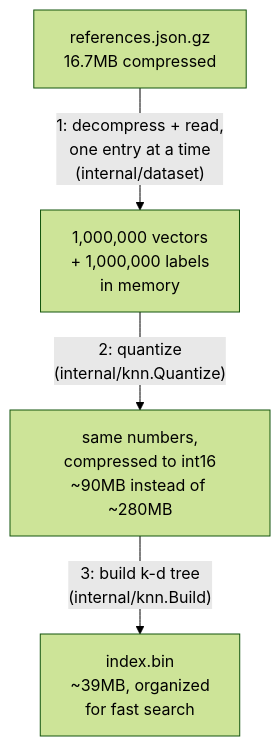
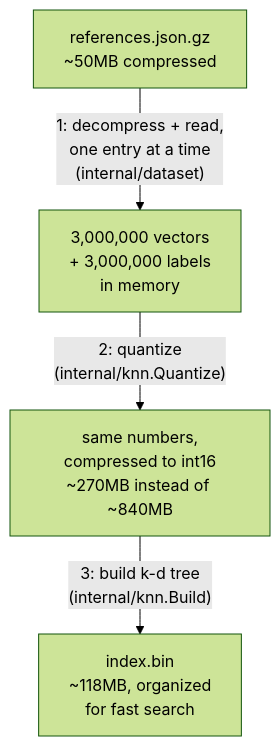
One commit to KauanCarvalho/rinha-de-backend-2026-fraud-detector changed the second of 6 diagrams in .github/docs/APPLICATION_FLOW.md. Above: the diagram before and after it, drawn with Mermaid (forest theme). The commit also changed other lines of this file and 10 other files, not shown here.

First line of the commit message:
Use the real 3M-vector reference dataset and retune the search budget

````diff
--- a/.github/docs/APPLICATION_FLOW.md
+++ b/.github/docs/APPLICATION_FLOW.md
@@ -69,6 +69,6 @@
 ```mermaid
 flowchart TD
-    A[references.json.gz<br/>16.7MB compressed] -->|"1: decompress + read,<br/>one entry at a time<br/>(internal/dataset)"| B["1,000,000 vectors<br/>+ 1,000,000 labels<br/>in memory"]
-    B -->|"2: quantize<br/>(internal/knn.Quantize)"| C["same numbers,<br/>compressed to int16<br/>~90MB instead of ~280MB"]
-    C -->|"3: build k-d tree<br/>(internal/knn.Build)"| D["index.bin<br/>~39MB, organized<br/>for fast search"]
+    A[references.json.gz<br/>~50MB compressed] -->|"1: decompress + read,<br/>one entry at a time<br/>(internal/dataset)"| B["3,000,000 vectors<br/>+ 3,000,000 labels<br/>in memory"]
+    B -->|"2: quantize<br/>(internal/knn.Quantize)"| C["same numbers,<br/>compressed to int16<br/>~270MB instead of ~840MB"]
+    C -->|"3: build k-d tree<br/>(internal/knn.Build)"| D["index.bin<br/>~118MB, organized<br/>for fast search"]
 ```
````
